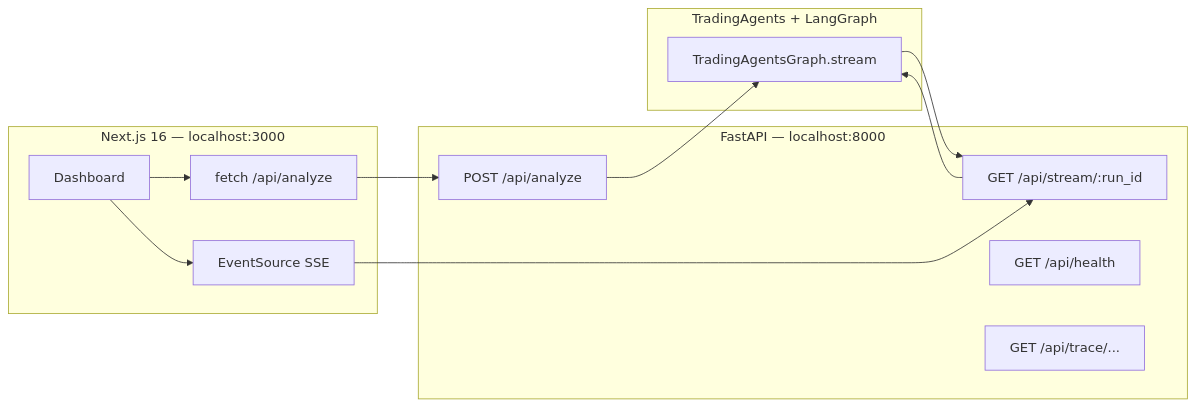
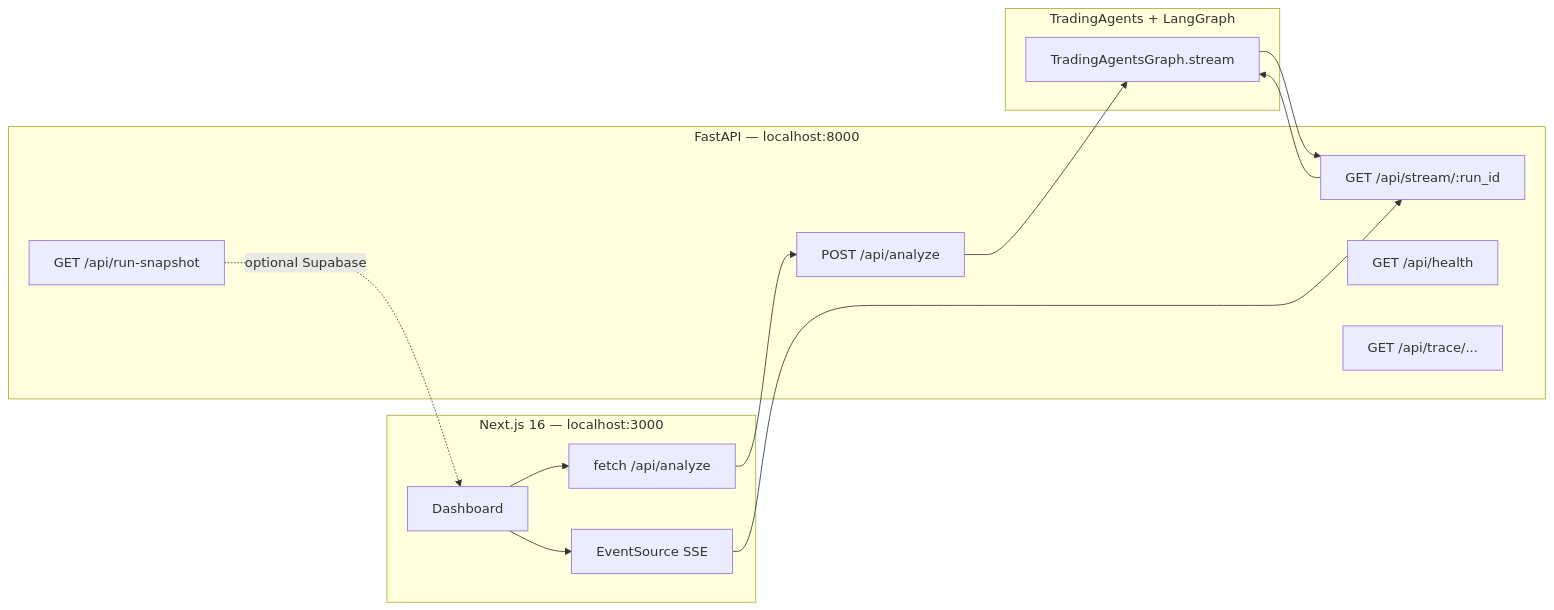
Before and after one commit to RMartires/hindsight: the diagram in README.md, drawn with Mermaid. The commit also changed other lines of this file, not shown here.

````diff
--- a/README.md
+++ b/README.md
@@ -62,24 +64,26 @@
 ```mermaid
 flowchart LR
   subgraph ui [Next.js 16 — localhost:3000]
     Page[Dashboard]
     SSE[EventSource SSE]
     API[fetch /api/analyze]
   end
   subgraph api [FastAPI — localhost:8000]
     Analyze[POST /api/analyze]
     Stream[GET /api/stream/:run_id]
+    Snapshot[GET /api/run-snapshot]
     Health[GET /api/health]
     Trace[GET /api/trace/...]
   end
   subgraph engine [TradingAgents + LangGraph]
     Graph[TradingAgentsGraph.stream]
   end
   Page --> API
   API --> Analyze
   Analyze --> Graph
   Stream --> Graph
   Graph --> Stream
   SSE --> Stream
   Page --> SSE
+  Snapshot -. optional Supabase .-> Page
 ```
````
